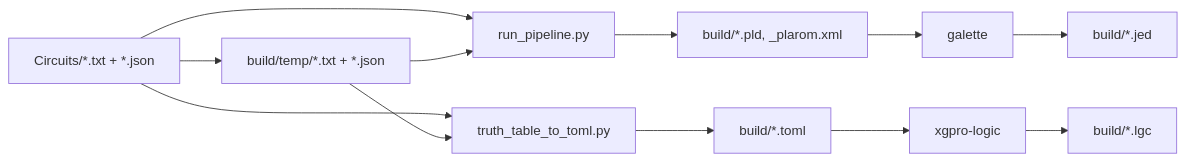
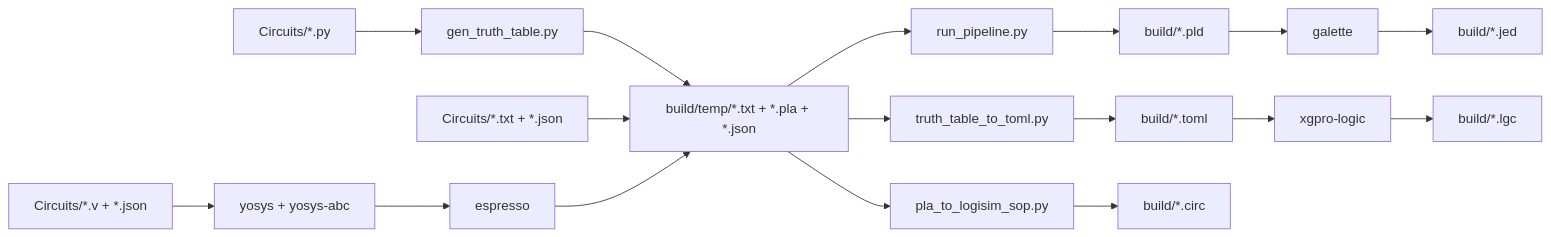
Before and after one commit to VictorGerin/Logisim_CPU: the diagram in README.md, drawn with Mermaid. The commit also changed other lines of this file and 3 other files, not shown here.

Commit message:
Enhance adder configuration and update README with yosys dependency; normalize output names in split_sop.py

````diff
--- a/README.md
+++ b/README.md
@@ -55,24 +55,36 @@
 ```mermaid
 flowchart LR
-  Circuits["Circuits/*.txt + *.json"]
-  BuildTemp["build/temp/*.txt + *.json"]
+  CircuitsTxt["Circuits/*.txt + *.json"]
+  CircuitsV["Circuits/*.v + *.json"]
+  CircuitsPy["Circuits/*.py"]
+  GenTable["gen_truth_table.py"]
+  Yosys["yosys + yosys-abc"]
+  Espresso["espresso"]
+  BuildTemp["build/temp/*.txt + *.pla + *.json"]
   RunPipeline["run_pipeline.py"]
-  PLD["build/*.pld, _plarom.xml"]
+  PLD["build/*.pld"]
   Galette["galette"]
   JED["build/*.jed"]
   TruthToml["truth_table_to_toml.py"]
   TOML["build/*.toml"]
   Xgpro["xgpro-logic"]
   LGC["build/*.lgc"]
-  Circuits --> BuildTemp
-  Circuits --> RunPipeline
+  PlaToSop["pla_to_logisim_sop.py"]
+  CIRC["build/*.circ"]
+  CircuitsPy --> GenTable
+  GenTable --> BuildTemp
+  CircuitsTxt --> BuildTemp
+  CircuitsV --> Yosys
+  Yosys --> Espresso
+  Espresso --> BuildTemp
   BuildTemp --> RunPipeline
   RunPipeline --> PLD
   PLD --> Galette
   Galette --> JED
-  Circuits --> TruthToml
   BuildTemp --> TruthToml
   TruthToml --> TOML
   TOML --> Xgpro
   Xgpro --> LGC
+  BuildTemp --> PlaToSop
+  PlaToSop --> CIRC
 ```
````
